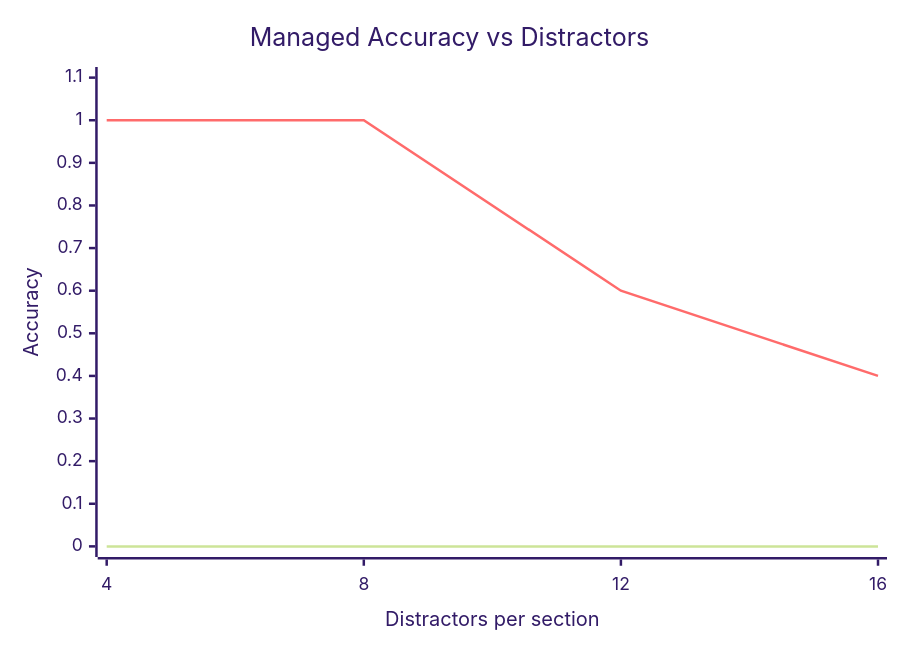
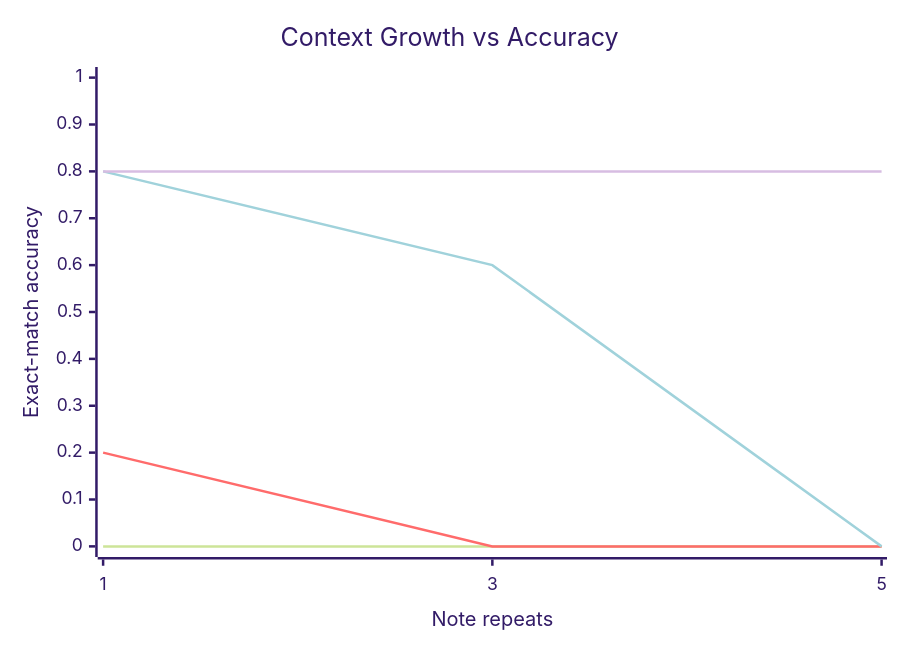
One commit to dylanler/latent-planning changed the second of 5 diagrams in README.md. Above: the diagram before and after it, drawn with Mermaid (forest theme). The commit also changed other lines of this file and 7 other files, not shown here.

````diff
--- a/README.md
+++ b/README.md
@@ -123,8 +128,10 @@
 ```mermaid
 xychart-beta
-    title "Managed Accuracy vs Distractors"
-    x-axis "Distractors per section" [4, 8, 12, 16]
-    y-axis "Accuracy" 0 --> 1.1
-    line "Baseline" [0.00, 0.00, 0.00, 0.00]
-    line "Managed" [1.00, 1.00, 0.60, 0.40]
+    title "Context Growth vs Accuracy"
+    x-axis "Note repeats" [1, 3, 5]
+    y-axis "Exact-match accuracy" 0 --> 1.0
+    line "Baseline" [0.00, 0.00, 0.00]
+    line "No-validator" [0.20, 0.00, 0.00]
+    line "Flat managed" [0.80, 0.60, 0.00]
+    line "Recursive" [0.80, 0.80, 0.80]
 ```
````
